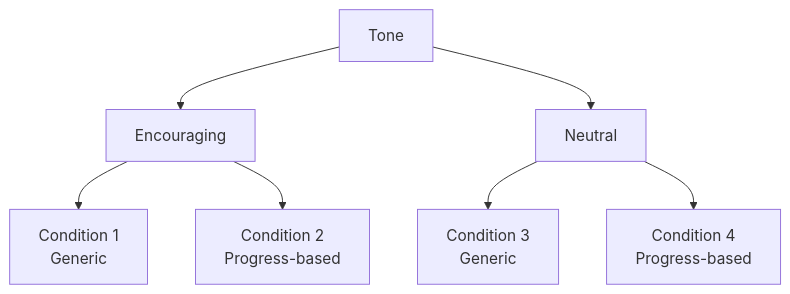
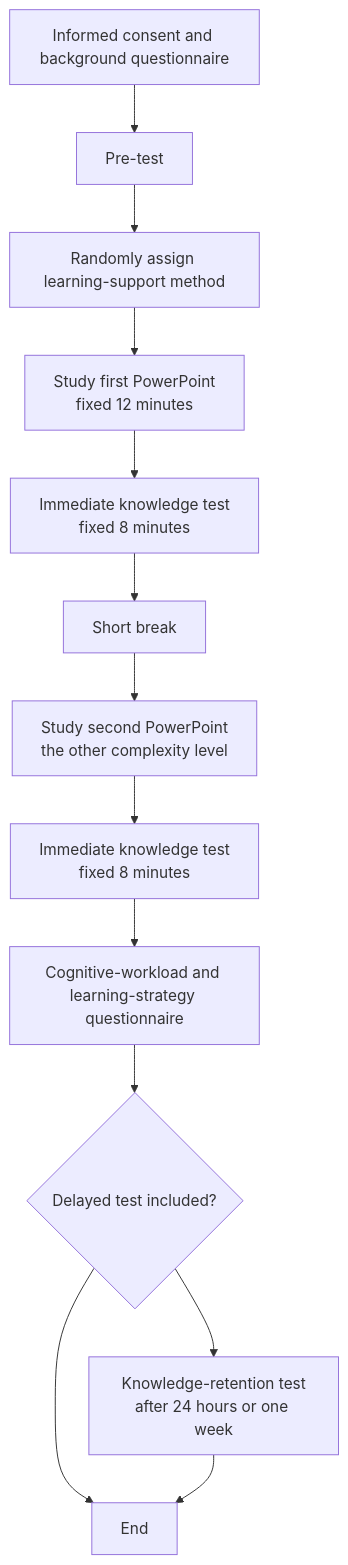
One commit to coco123-123/ADS401.G.github.io changed the fourth of 4 diagrams in README.md. Above: the diagram before and after it, drawn with Mermaid. The commit also changed other lines of this file, not shown here.

````diff
--- a/README.md
+++ b/README.md
@@ -486,11 +688,15 @@
 ```mermaid
-graph TD
-    A[Tone] --> B[Encouraging]
-    A --> C[Neutral]
-
-    B --> D[Condition 1<br/>Generic]
-    B --> E[Condition 2<br/>Progress-based]
-
-    C --> F[Condition 3<br/>Generic]
-    C --> G[Condition 4<br/>Progress-based]
+flowchart TD
+    A[Informed consent and background questionnaire] --> B[Pre-test]
+    B --> C[Randomly assign learning-support method]
+    C --> D[Study first PowerPoint<br/>fixed 12 minutes]
+    D --> E[Immediate knowledge test<br/>fixed 8 minutes]
+    E --> F[Short break]
+    F --> G[Study second PowerPoint<br/>the other complexity level]
+    G --> H[Immediate knowledge test<br/>fixed 8 minutes]
+    H --> I[Cognitive-workload and learning-strategy questionnaire]
+    I --> J{Delayed test included?}
+    J --> K[Knowledge-retention test<br/>after 24 hours or one week]
+    J --> L[End]
+    K --> L
 ```
````
